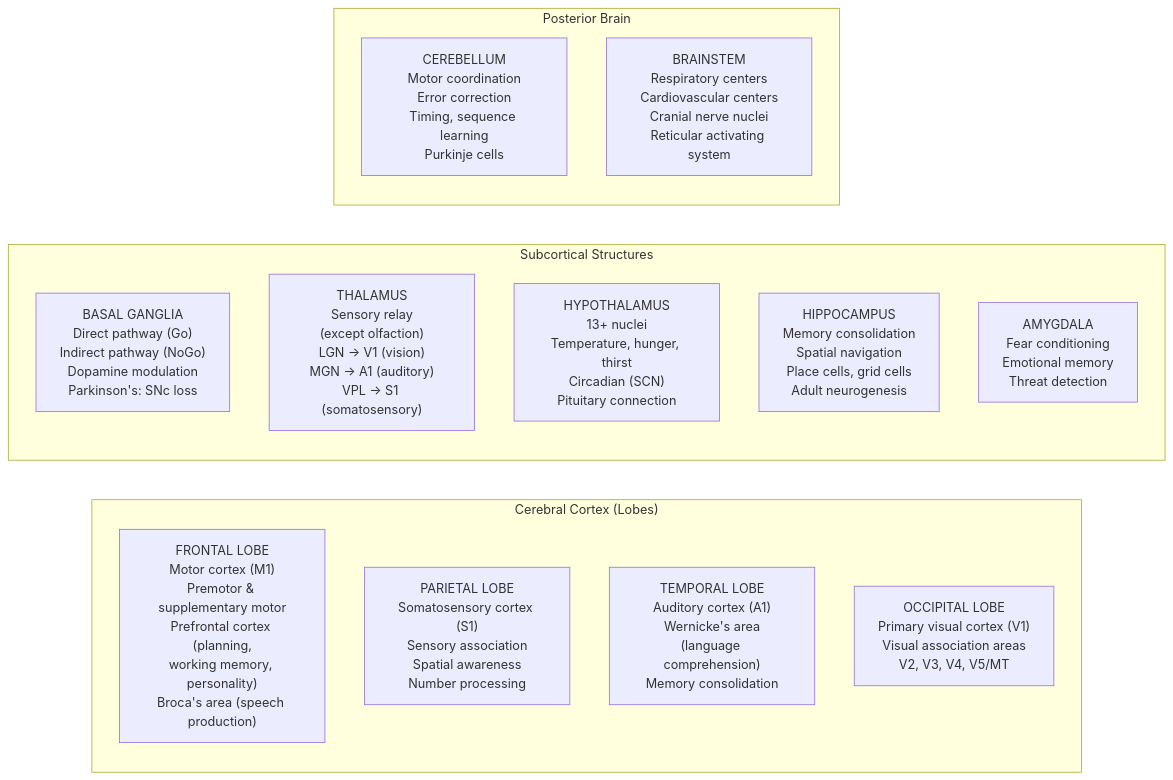
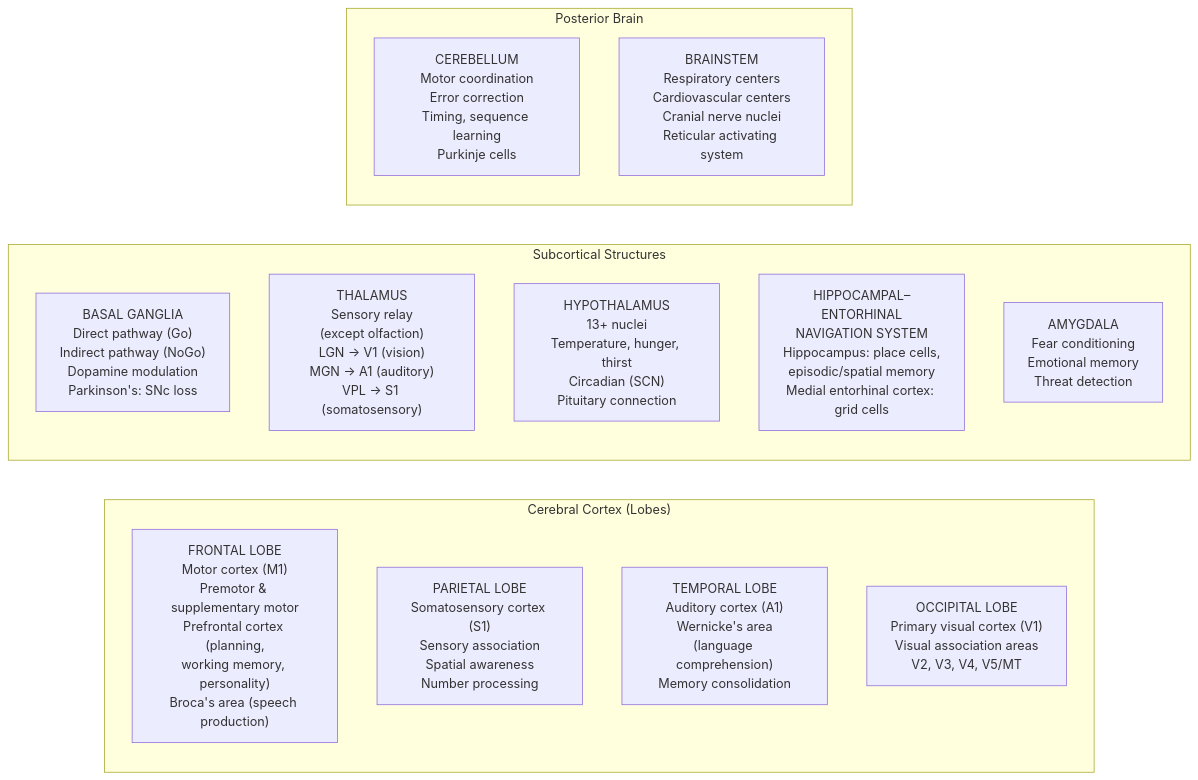
The third of 3 diagrams in docs/manuscript/unit_IX/nervous_system.md (docxology/biology_textbook), drawn with Mermaid before and after one commit. The commit also changed other lines of this file and 444 other files, not shown here.

````diff
--- a/docs/manuscript/unit_IX/nervous_system.md
+++ b/docs/manuscript/unit_IX/nervous_system.md
@@ -431,22 +431,22 @@
 ```mermaid
 graph LR
     subgraph Cerebral_Cortex ["Cerebral Cortex (Lobes)"]
         F["FRONTAL LOBE<br/>Motor cortex (M1)<br/>Premotor & supplementary motor<br/>Prefrontal cortex (planning,<br/>working memory, personality)<br/>Broca's area (speech production)"]
         P["PARIETAL LOBE<br/>Somatosensory cortex (S1)<br/>Sensory association<br/>Spatial awareness<br/>Number processing"]
         T["TEMPORAL LOBE<br/>Auditory cortex (A1)<br/>Wernicke's area<br/>(language comprehension)<br/>Memory consolidation"]
         O["OCCIPITAL LOBE<br/>Primary visual cortex (V1)<br/>Visual association areas<br/>V2, V3, V4, V5/MT"]
     end
 
     subgraph Subcortical ["Subcortical Structures"]
         BG2["BASAL GANGLIA<br/>Direct pathway (Go)<br/>Indirect pathway (NoGo)<br/>Dopamine modulation<br/>Parkinson's: SNc loss"]
         TH["THALAMUS<br/>Sensory relay<br/>(except olfaction)<br/>LGN → V1 (vision)<br/>MGN → A1 (auditory)<br/>VPL → S1 (somatosensory)"]
         HT["HYPOTHALAMUS<br/>13+ nuclei<br/>Temperature, hunger, thirst<br/>Circadian (SCN)<br/>Pituitary connection"]
-        HC["HIPPOCAMPUS<br/>Memory consolidation<br/>Spatial navigation<br/>Place cells, grid cells<br/>Adult neurogenesis"]
+        HC["HIPPOCAMPAL–ENTORHINAL<br/>NAVIGATION SYSTEM<br/>Hippocampus: place cells,<br/>episodic/spatial memory<br/>Medial entorhinal cortex: grid cells"]
         AM["AMYGDALA<br/>Fear conditioning<br/>Emotional memory<br/>Threat detection"]
     end
 
     subgraph Posterior ["Posterior Brain"]
         CB["CEREBELLUM<br/>Motor coordination<br/>Error correction<br/>Timing, sequence learning<br/>Purkinje cells"]
         BS2["BRAINSTEM<br/>Respiratory centers<br/>Cardiovascular centers<br/>Cranial nerve nuclei<br/>Reticular activating system"]
     end
 ```
````
